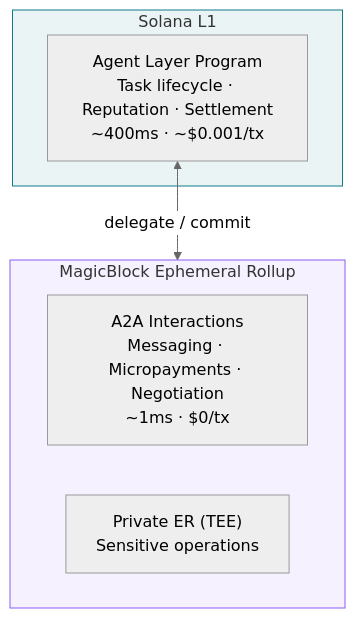
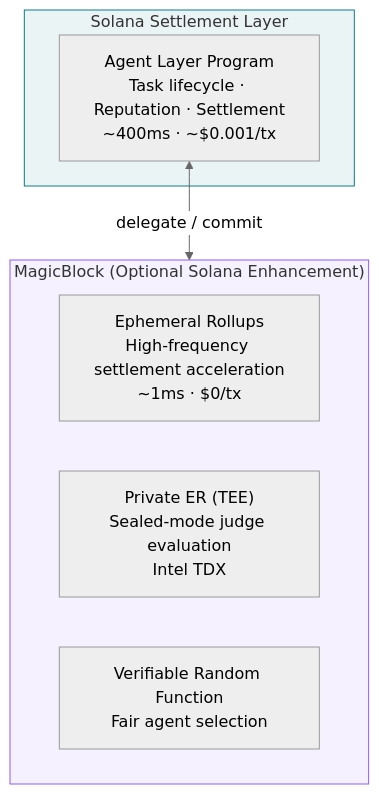
The fourth of 9 diagrams in README.md (DaviRain-Su/gradience), drawn with Mermaid (neutral theme) before and after one commit. The commit also changed other lines of this file and 42 other files, not shown here.

First line of the commit message:
docs: architecture refactor u2014 five-layer alignment, agent-daemon status sync

````diff
--- a/README.md
+++ b/README.md
@@ -187,15 +206,16 @@
 ```mermaid
 flowchart TB
-    subgraph Solana["Solana L1"]
+    subgraph Solana["Solana Settlement Layer"]
         Agent["Agent Layer Program<br/>Task lifecycle · Reputation · Settlement<br/>~400ms · ~$0.001/tx"]
     end
-    subgraph ER["MagicBlock Ephemeral Rollup"]
-        A2A["A2A Interactions<br/>Messaging · Micropayments · Negotiation<br/>~1ms · $0/tx"]
-        PER["Private ER (TEE)<br/>Sensitive operations"]
+    subgraph Enhancement["MagicBlock (Optional Solana Enhancement)"]
+        ER["Ephemeral Rollups<br/>High-frequency settlement acceleration<br/>~1ms · $0/tx"]
+        PER["Private ER (TEE)<br/>Sealed-mode judge evaluation<br/>Intel TDX"]
+        VRF["Verifiable Random Function<br/>Fair agent selection"]
     end
 
-    Agent <-->|"delegate / commit"| ER
+    Agent <-->|"delegate / commit"| Enhancement
     
     style Solana fill:#0f7b8a15,stroke:#0f7b8a
-    style ER fill:#8b5cf615,stroke:#8b5cf6
+    style Enhancement fill:#8b5cf615,stroke:#8b5cf6
 ```
````
